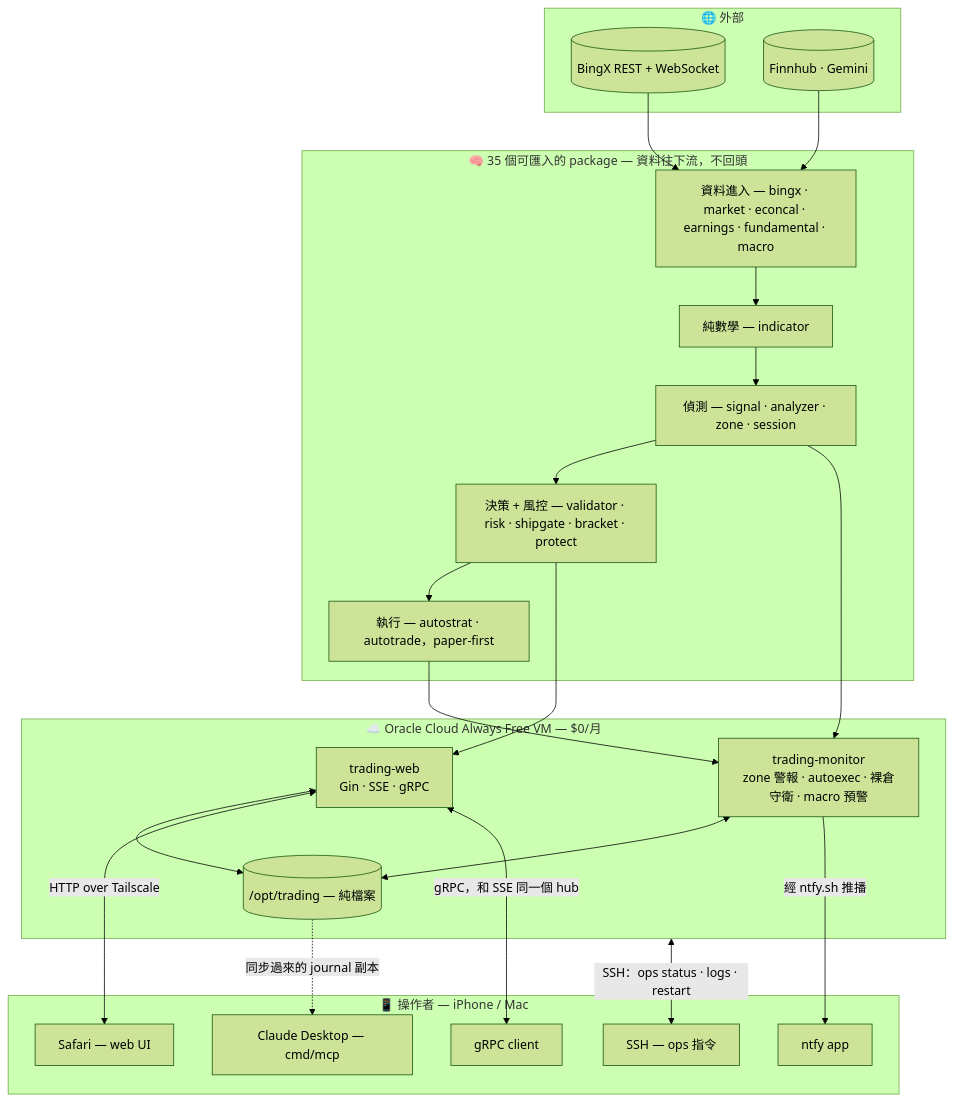
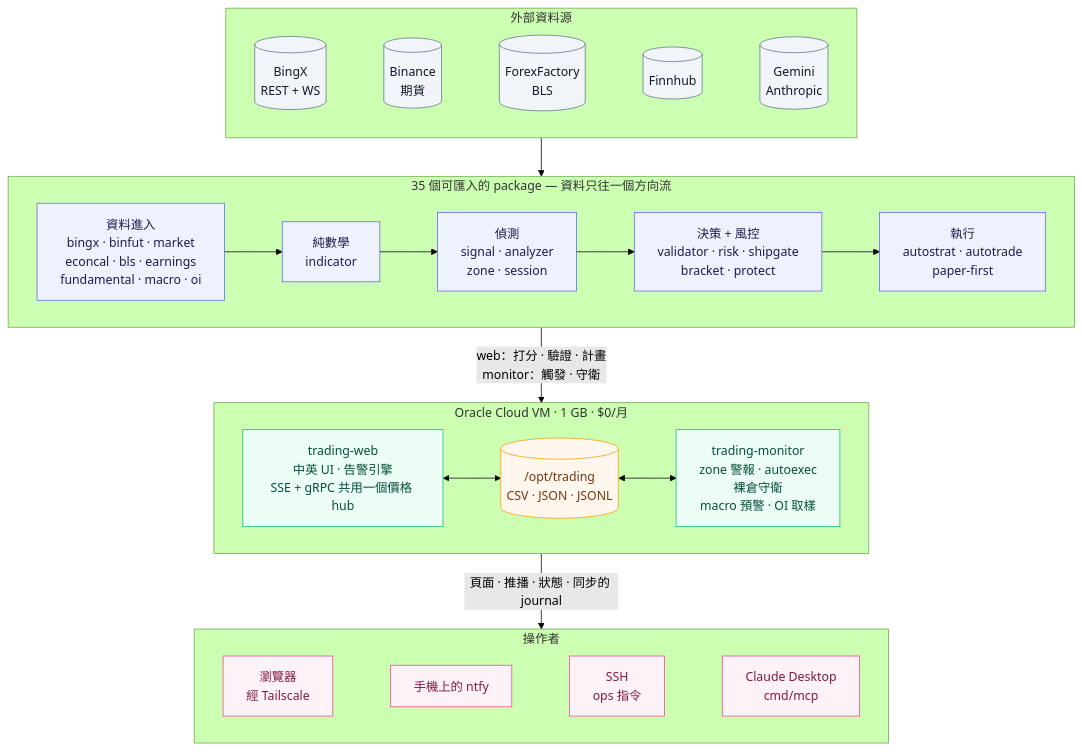
One commit to henry190927/trading-bot changed the first of 8 diagrams in README.zh-TW.md. Above: the diagram before and after it, drawn with Mermaid (forest theme). The commit also changed other lines of this file and 2 other files, not shown here.

First line of the commit message:
docs: README architecture as diagrams, both languages; routes table

````diff
--- a/README.zh-TW.md
+++ b/README.zh-TW.md
@@ -38,43 +41,48 @@
 ```mermaid
 flowchart TB
-    subgraph External["🌐 外部"]
-        bx[(BingX REST + WebSocket)]
-        others[(Finnhub · Gemini)]
+    subgraph External["外部資料源"]
+        direction LR
+        bx[("BingX<br/>REST + WS")]:::ext
+        bn[("Binance<br/>期貨")]:::ext
+        cal[("ForexFactory<br/>BLS")]:::ext
+        fh[("Finnhub")]:::ext
+        llm[("Gemini<br/>Anthropic")]:::ext
+        bx ~~~ bn ~~~ cal ~~~ fh ~~~ llm
     end
 
-    subgraph Core["🧠 35 個可匯入的 package — 資料往下流，不回頭"]
-        datain["資料進入 — bingx · market · econcal · earnings · fundamental · macro"]
-        math["純數學 — indicator"]
-        detect["偵測 — signal · analyzer · zone · session"]
-        decide["決策 + 風控 — validator · risk · shipgate · bracket · protect"]
-        exec["執行 — autostrat · autotrade，paper-first"]
+    subgraph Core["35 個可匯入的 package — 資料只往一個方向流"]
+        direction LR
+        datain["資料進入<br/>bingx · binfut · market<br/>econcal · bls · earnings<br/>fundamental · macro · oi"]:::core
+        math["純數學<br/>indicator"]:::core
+        detect["偵測<br/>signal · analyzer<br/>zone · session"]:::core
+        decide["決策 + 風控<br/>validator · risk · shipgate<br/>bracket · protect"]:::core
+        exec["執行<br/>autostrat · autotrade<br/>paper-first"]:::core
         datain --> math --> detect --> decide --> exec
     end
 
-    subgraph VPS["☁️ Oracle Cloud Always Free VM — $0/月"]
-        web["trading-web<br/>Gin · SSE · gRPC"]
-        monitor["trading-monitor<br/>zone 警報 · autoexec · 裸倉守衛 · macro 預警"]
-        store[("/opt/trading — 純檔案")]
+    subgraph VPS["Oracle Cloud VM · 1 GB · $0/月"]
+        direction LR
+        web["trading-web<br/>中英 UI · 告警引擎<br/>SSE + gRPC 共用一個價格 hub"]:::svc
+        store[("/opt/trading<br/>CSV · JSON · JSONL")]:::store
+        monitor["trading-monitor<br/>zone 警報 · autoexec<br/>裸倉守衛<br/>macro 預警 · OI 取樣"]:::svc
+        web <--> store <--> monitor
     end
 
-    subgraph Edge["📱 操作者 — iPhone / Mac"]
-        push["ntfy app"]
-        safari["Safari — web UI"]
-        sshc["SSH — ops 指令"]
-        grpcc["gRPC client"]
-        claude["Claude Desktop — cmd/mcp"]
+    subgraph Edge["操作者"]
+        direction LR
+        browser["瀏覽器<br/>經 Tailscale"]:::user
+        push["手機上的 ntfy"]:::user
+        ssh["SSH<br/>ops 指令"]:::user
+        mcp["Claude Desktop<br/>cmd/mcp"]:::user
+        browser ~~~ push ~~~ ssh ~~~ mcp
     end
 
-    bx --> datain
-    others --> datain
-    detect --> monitor
-    exec --> monitor
-    decide --> web
-    web <--> store
-    monitor <--> store
-    monitor -->|"經 ntfy.sh 推播"| push
-    web <-->|HTTP over Tailscale| safari
-    web <-->|"gRPC，和 SSE 同一個 hub"| grpcc
-    VPS <-->|"SSH：ops status · logs · restart"| sshc
-    store -.->|同步過來的 journal 副本| claude
+    External --> Core
+    Core -->|"web：打分 · 驗證 · 計畫<br/>monitor：觸發 · 守衛"| VPS
+    VPS -->|"頁面 · 推播 · 狀態 · 同步的 journal"| Edge
+    classDef ext fill:#f1f5f9,stroke:#64748b,color:#0f172a
+    classDef core fill:#eef2ff,stroke:#6366f1,color:#1e1b4b
+    classDef svc fill:#ecfdf5,stroke:#10b981,color:#064e3b
+    classDef store fill:#fff7ed,stroke:#f59e0b,color:#78350f
+    classDef user fill:#fdf2f8,stroke:#ec4899,color:#831843
 ```
````
